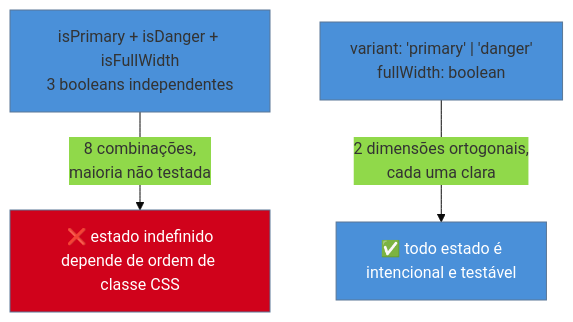
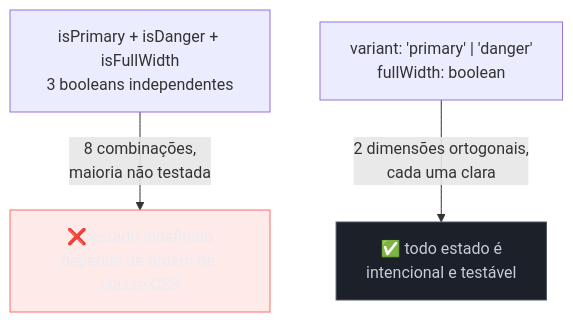
The diagram in 03-Dominios/Engenharia/UX/Linguagem Visual e Design System/31 - Component API design.md (josenaldo/codex-technomanticus), drawn with Mermaid before and after one commit. The commit also changed 1181 other files, not shown here.

First line of the commit message:
fix(diagramas): paleta do sistema no lugar de cor cravada no markdown

````diff
--- a/03-Dominios/Engenharia/UX/Linguagem Visual e Design System/31 - Component API design.md
+++ b/03-Dominios/Engenharia/UX/Linguagem Visual e Design System/31 - Component API design.md
@@ -43,8 +43,9 @@
 ```mermaid
-%%{init: {"theme": "base", "themeVariables": {"primaryColor": "#4A90D9"}}}%%
 graph TD
+    classDef falha fill:#FF6B6B24,stroke:#FF6B6B,color:#E9ECF2
+    classDef neutro fill:#1B2029,stroke:#4E5666,color:#C6CCD8
     Bad["isPrimary + isDanger + isFullWidth<br/>3 booleans independentes"] -->|"8 combinações,<br/>maioria não testada"| X["❌ estado indefinido<br/>depende de ordem de classe CSS"]
     Good["variant: 'primary' | 'danger'<br/>fullWidth: boolean"] -->|"2 dimensões ortogonais,<br/>cada uma clara"| Y["✅ todo estado é<br/>intencional e testável"]
-    style X fill:#D0021B,color:#fff
-    style Y fill:#4A90D9,color:#fff
+    class X falha
+    class Y neutro
 ```
````
